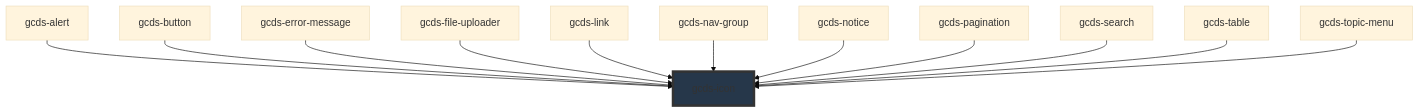
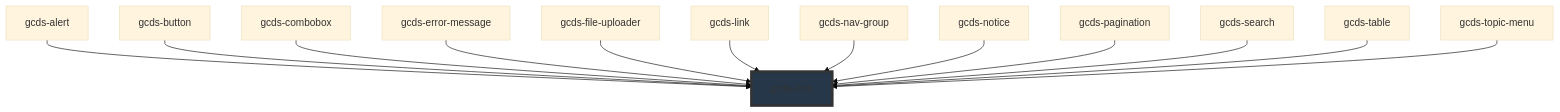
One commit to cds-snc/gcds-components changed the diagram in packages/web/src/components/gcds-icon/readme.md. Above: the diagram before and after it, drawn with Mermaid (base theme). The commit also changed other lines of this file and 25 other files, not shown here.

Commit message:
feat(gcds-combobox): add gcds-combobox component

````diff
--- a/packages/web/src/components/gcds-icon/readme.md
+++ b/packages/web/src/components/gcds-icon/readme.md
@@ -40,15 +41,16 @@
 ```mermaid
 graph TD;
   gcds-alert --> gcds-icon
   gcds-button --> gcds-icon
+  gcds-combobox --> gcds-icon
   gcds-error-message --> gcds-icon
   gcds-file-uploader --> gcds-icon
   gcds-link --> gcds-icon
   gcds-nav-group --> gcds-icon
   gcds-notice --> gcds-icon
   gcds-pagination --> gcds-icon
   gcds-search --> gcds-icon
   gcds-table --> gcds-icon
   gcds-topic-menu --> gcds-icon
   style gcds-icon fill:#26374a,stroke:#333,stroke-width:4px
 ```
````
